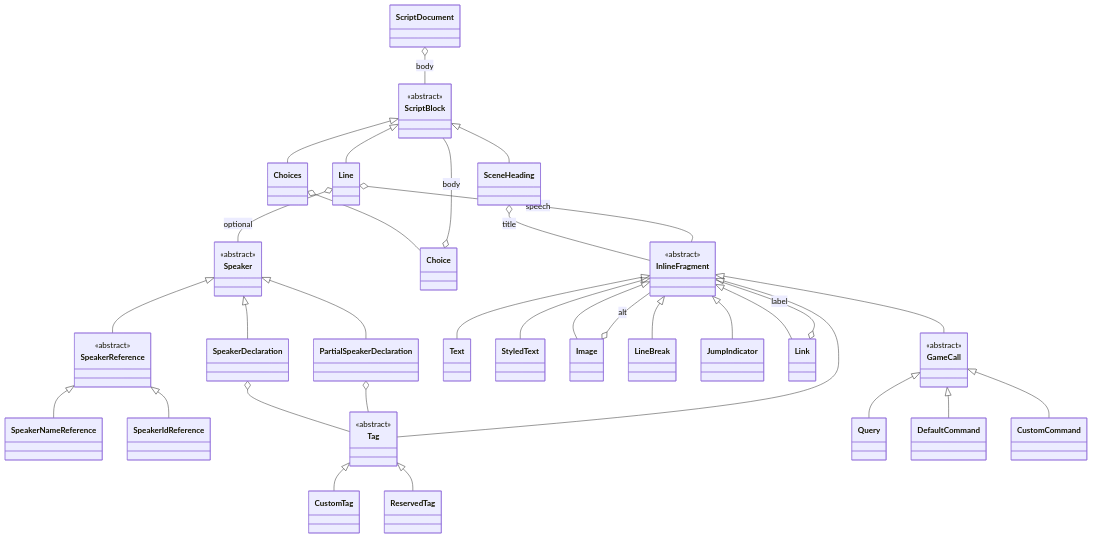
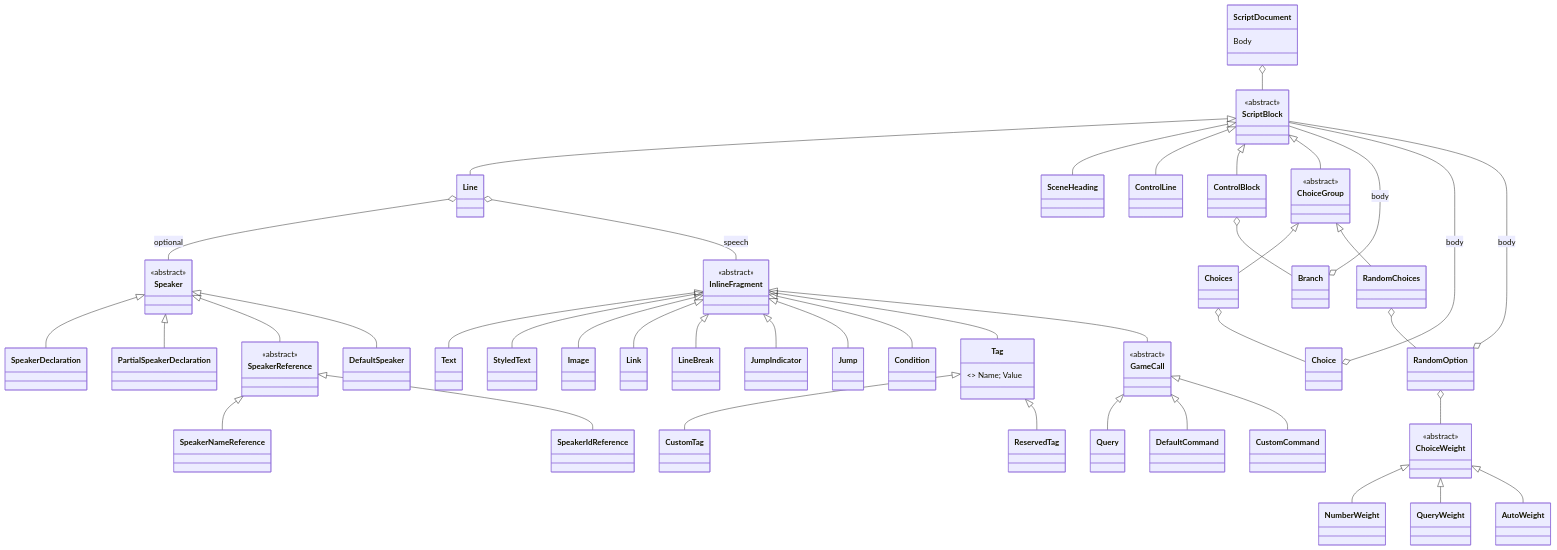
The diagram in docs/contributing/design-notes/core/Markdown to Dialogue AST Transpiler.md (pengzhengyi/dialoguedown), drawn with Mermaid before and after one commit. The commit also changed other lines of this file and 124 other files, not shown here.

````diff
--- a/docs/contributing/design-notes/core/Markdown to Dialogue AST Transpiler.md
+++ b/docs/contributing/design-notes/core/Markdown to Dialogue AST Transpiler.md
@@ -215,74 +81,54 @@
 ```mermaid
 classDiagram
-    class ScriptDocument
-    class ScriptBlock {
-        <<abstract>>
-    }
-    class SceneHeading
-    class Line
-    class Speaker {
-        <<abstract>>
-    }
-    class SpeakerDeclaration
-    class SpeakerReference {
-        <<abstract>>
-    }
-    class SpeakerNameReference
-    class SpeakerIdReference
-    class PartialSpeakerDeclaration
-    class Choices
-    class Choice
-    class Tag {
-        <<abstract>>
-    }
-    class CustomTag
-    class ReservedTag
+    class ScriptDocument { Body }
+    class ScriptBlock { <<abstract>> }
+    class ChoiceGroup { <<abstract>> }
+    class Speaker { <<abstract>> }
+    class SpeakerReference { <<abstract>> }
+    class InlineFragment { <<abstract>> }
+    class GameCall { <<abstract>> }
+    class Tag { <<abstract>> Name; Value }
+    class ChoiceWeight { <<abstract>> }
 
-    class InlineFragment {
-        <<abstract>>
-    }
-    class Text
-    class StyledText
-    class Image
-    class LineBreak
-    class JumpIndicator
-    class Link
-    class GameCall {
-        <<abstract>>
-    }
-    class Query
-    class DefaultCommand
-    class CustomCommand
-
-    ScriptDocument o-- ScriptBlock : body
+    ScriptDocument o-- ScriptBlock
     ScriptBlock <|-- Line
-    ScriptBlock <|-- Choices
     ScriptBlock <|-- SceneHeading
-    SceneHeading o-- InlineFragment : title
+    ScriptBlock <|-- ControlLine
+    ScriptBlock <|-- ControlBlock
+    ScriptBlock <|-- ChoiceGroup
+    ChoiceGroup <|-- Choices
+    ChoiceGroup <|-- RandomChoices
+    Choices o-- Choice
+    RandomChoices o-- RandomOption
+    RandomOption o-- ChoiceWeight
+    ControlBlock o-- Branch
+    Choice o-- ScriptBlock : body
+    RandomOption o-- ScriptBlock : body
+    Branch o-- ScriptBlock : body
     Line o-- Speaker : optional
     Line o-- InlineFragment : speech
-    Image o-- InlineFragment : alt
-    Link o-- InlineFragment : label
-    Choices o-- Choice
-    Choice o-- ScriptBlock : body
-    SpeakerDeclaration o-- Tag
     Speaker <|-- SpeakerDeclaration
+    Speaker <|-- PartialSpeakerDeclaration
     Speaker <|-- SpeakerReference
-    Speaker <|-- PartialSpeakerDeclaration
-    PartialSpeakerDeclaration o-- Tag
+    Speaker <|-- DefaultSpeaker
     SpeakerReference <|-- SpeakerNameReference
     SpeakerReference <|-- SpeakerIdReference
     InlineFragment <|-- Text
     InlineFragment <|-- StyledText
     InlineFragment <|-- Image
+    InlineFragment <|-- Link
     InlineFragment <|-- LineBreak
     InlineFragment <|-- JumpIndicator
-    InlineFragment <|-- Link
+    InlineFragment <|-- Jump
+    InlineFragment <|-- Condition
     InlineFragment <|-- Tag
     InlineFragment <|-- GameCall
     GameCall <|-- Query
     GameCall <|-- DefaultCommand
     GameCall <|-- CustomCommand
     Tag <|-- CustomTag
     Tag <|-- ReservedTag
+    ChoiceWeight <|-- NumberWeight
+    ChoiceWeight <|-- QueryWeight
+    ChoiceWeight <|-- AutoWeight
 ```
````
